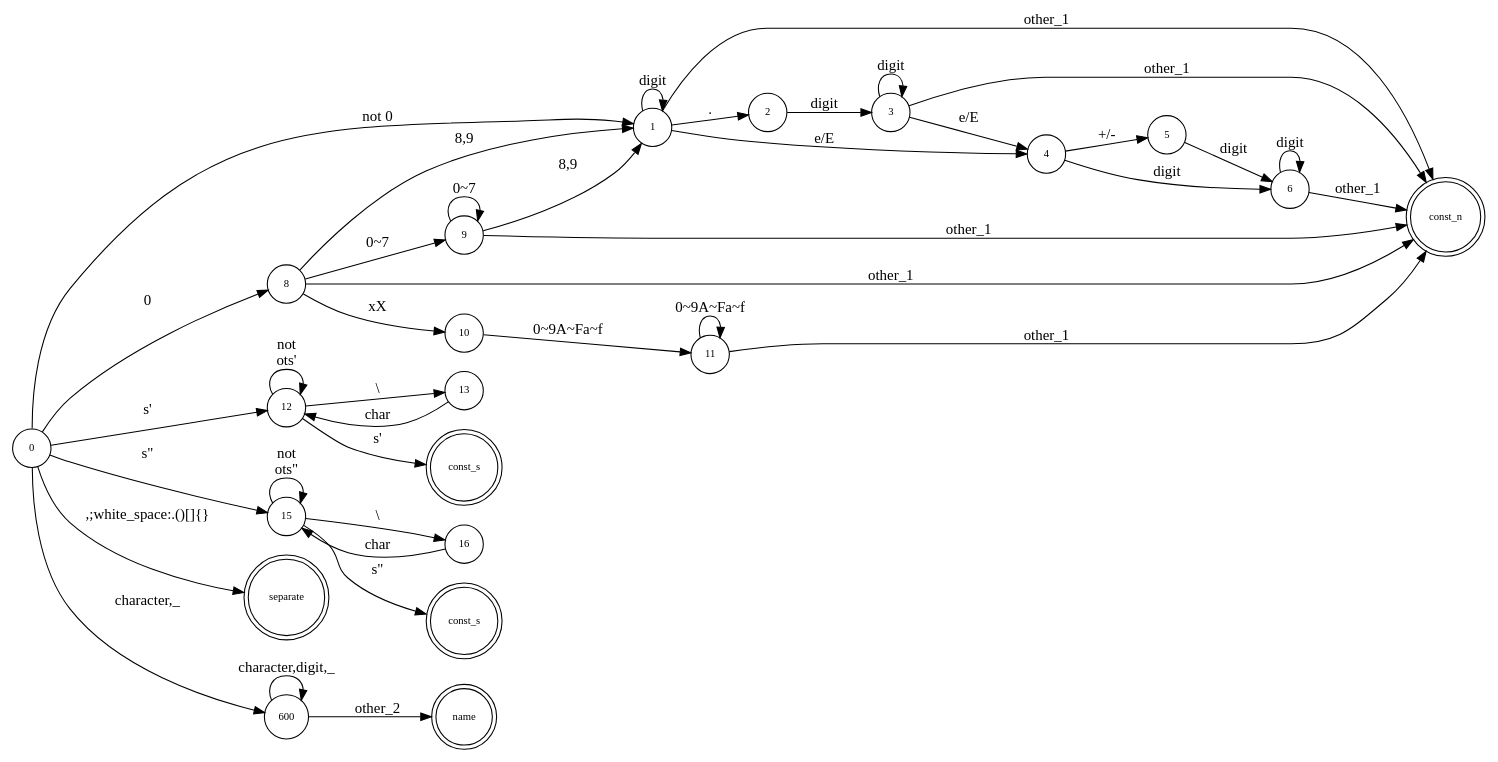
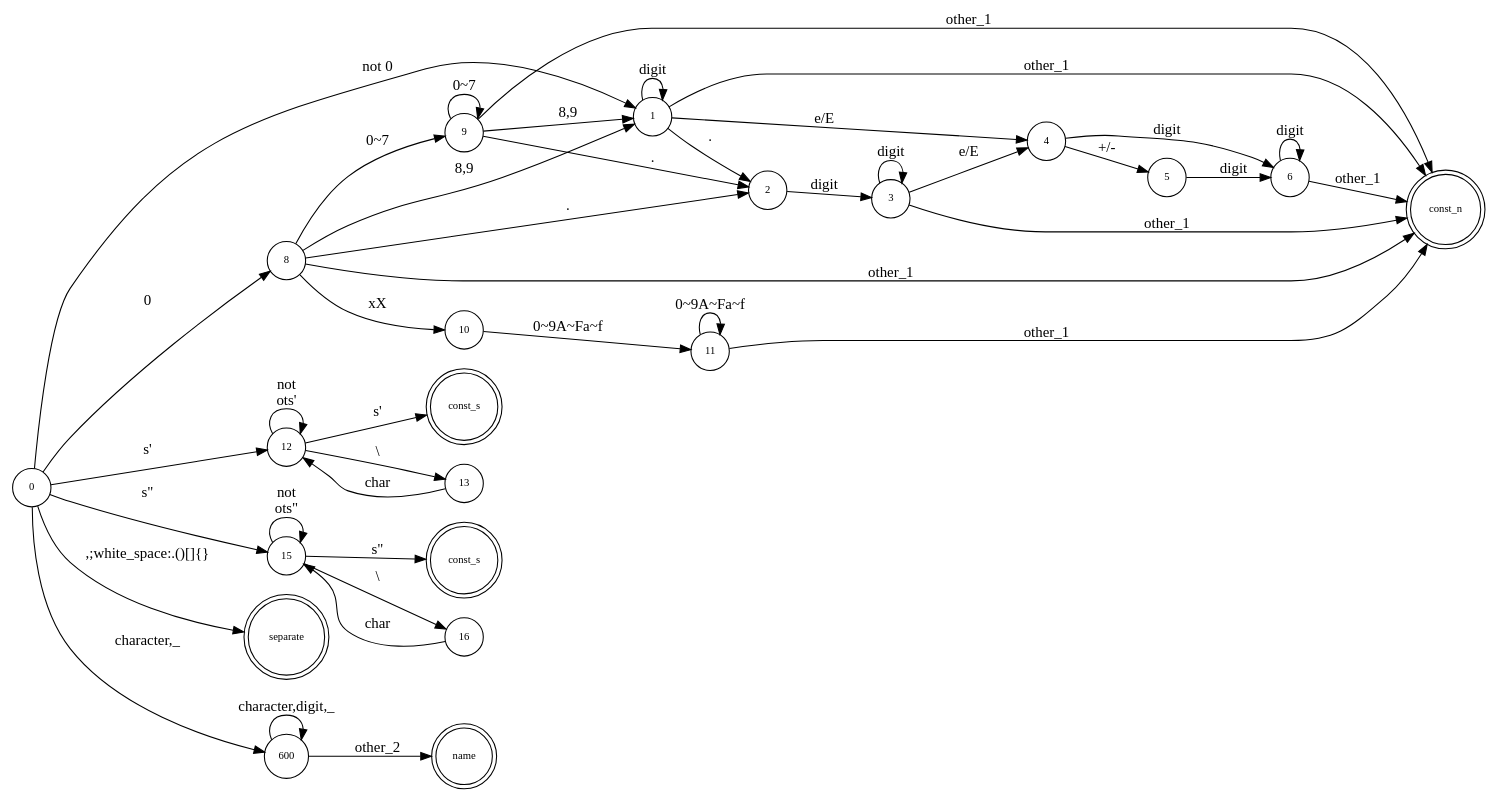
The diagram in doc/scaner.gv (gmftbyGMFTBY/CCompilerInPython), drawn with Graphviz before and after one commit. The commit also changed 13 other files, not shown here.

```diff
--- a/doc/scaner.gv
+++ b/doc/scaner.gv
@@ -1,140 +1,147 @@
 digraph finit_state_machine {
     rankdir=LR;
     size="50,50";
     
     // the number and the string node 1 ~ 100
     node [shape = circle, label = "0", fontsize = 10]; 0;
     node [shape = circle, label = "1", fontsize = 10]; 1;
     node [shape = circle, label = "2", fontsize = 10]; 2;
     node [shape = circle, label = "3", fontsize = 10]; 3;
     node [shape = circle, label = "4", fontsize = 10]; 4;
     node [shape = circle, label = "5", fontsize = 10]; 5;
     node [shape = circle, label = "6", fontsize = 10]; 6;
     // the state that is a number
     node [shape = doublecircle, label = "const_n", fontsize = 10]; 7;    
     node [shape = circle, label = "8", fontsize = 10]; 8;
     node [shape = circle, label = "9", fontsize = 10]; 9;
     node [shape = circle, label = "10", fontsize = 10]; 10;
     node [shape = circle, label = "11", fontsize = 10]; 11;
 
     node [shape = circle, label = "12", fontsize = 10]; 12;
     node [shape = circle, label = "13", fontsize = 10]; 13;
     node [shape = doublecircle, label = "const_s", fontsize = 10]; 14;
     node [shape = circle, label = "15", fontsize = 10]; 15;
     node [shape = circle, label = "16", fontsize = 10]; 16;
     node [shape = doublecircle, label = "const_s", fontsize = 10]; 17
     
     // the separate character  200 ~ 300
     // , ; white_space : ( ) [ ] { } 
     node [shape = doublecircle, label = "separate", fontsize = 10]; 200;  // ,
     
     /* the operator characer 400 ~ 500
     // ([point - operator *, &], -, +) need to be foucused on
     node [shape = doublecircle, label = "400", fontsize = 10]; 400;       // +, ++, +=
     node [shape = doublecircle, label = "401", fontsize = 10]; 401;       // +
     node [shape = doublecircle, label = "402", fontsize = 10]; 402;       // ++
     node [shape = doublecircle, label = "403", fontsize = 10]; 403;       // +=
     
     node [shape = doublecircle, label = "404", fontsize = 10]; 404;       // -, --, -=
     node [shape = doublecircle, label = "405", fontsize = 10]; 405;       // -
     node [shape = doublecircle, label = "406", fontsize = 10]; 406;       // --
     node [shape = doublecircle, label = "407", fontsize = 10]; 407;       // -=
     
     node [shape = doublecircle, label = "408", fontsize = 10]; 408;       // *, *=
     node [shape = doublecircle, label = "409", fontsize = 10]; 409;       // *
     node [shape = doublecircle, label = "410", fontsize = 10]; 410;       // *=
     
     node [shape = doublecircle, label = "411", fontsize = 10]; 411;       // /, /=
     node [shape = doublecircle, label = "412", fontsize = 10]; 412;       // /
     node [shape = doublecircle, label = "413", fontsize = 10]; 413;       // /=
     
     node [shape = doublecircle, label = "414", fontsize = 10]; 414;       // %, %=
     node [shape = doublecircle, label = "415", fontsize = 10]; 415;       // %
     node [shape = doublecircle, label = "416", fontsize = 10]; 416;       // %=
     
     node [shape = doublecircle, label = "417", fontsize = 10]; 417;       // =, ==
     node [shape = doublecircle, label = "418", fontsize = 10]; 418;       // =
     node [shape = doublecircle, label = "419", fontsize = 10]; 419;       // ==
     
     node [shape = doublecircle, label = "420", fontsize = 10]; 420;       // !, !=
     node [shape = doublecircle, label = "421", fontsize = 10]; 421;       // !
     node [shape = doublecircle, label = "422", fontsize = 10]; 422;       // !=
     
     node [shape = doublecircle, label = "423", fontsize = 10]; 423;       // <, <=, <<
     node [shape = doublecircle, label = "424", fontsize = 10]; 424;       // <
     node [shape = doublecircle, label = "425", fontsize = 10]; 425;       // <=
     node [shape = doublecircle, label = "426", fontsize = 10]; 426;       // <<
     
     node [shape = doublecircle, label = "427", fontsize = 10]; 427;       // >, >=, >>
     node [shape = doublecircle, label = "428", fontsize = 10]; 428;       // >
     node [shape = doublecircle, label = "429", fontsize = 10]; 429;       // >=
     node [shape = doublecircle, label = "430", fontsize = 10]; 430;       // >>
     
     node [shape = doublecircle, label = "431", fontsize = 10]; 431;       // ~
     
     node [shape = doublecircle, label = "432", fontsize = 10]; 432;       // &, &&, &=
     node [shape = doublecircle, label = "433", fontsize = 10]; 433;       // &
     node [shape = doublecircle, label = "434", fontsize = 10]; 434;       // &&
     node [shape = doublecircle, label = "435", fontsize = 10]; 435;       // &=
     
     node [shape = doublecircle, label = "436", fontsize = 10]; 436;       // |, ||, |=
     node [shape = doublecircle, label = "437", fontsize = 10]; 437;       // |
     node [shape = doublecircle, label = "438", fontsize = 10]; 438;       // ||
     node [shape = doublecircle, label = "439", fontsize = 10]; 439;       // |=
 
     node [shape = doublecircle, label = "440", fontsize = 10]; 440;       // .
+    node [shape = doublecircle, label = "441", fontsize = 10]; 441;       // ?
+
+    node [shape = doublecircle, label = "442", fontsize = 10]; 442;       // ^, ^=
+    node [shape = doublecircle, label = "443", fontsize = 10]; 443;       // ^
+    node [shape = doublecircle, label = "444", fontsize = 10]; 444;       // ^=
     
     */
     
     // name node 600 ~ 700
     node [shape = circle, label = "600", fontsize = 10]; 600;             
     node [shape = doublecircle, label = "name", fontsize = 10]; 601;             //
     
     // name edge, need to check the saver name in C
     0       ->      600      [label="character,_"];
     600     ->      600      [label="character,digit,_"];
     600     ->      601      [label="other_2"];
     
     
     // the number and the string edge
     0       ->      1       [label="not 0"];
     0       ->      8       [label="0"];
     1       ->      1       [label="digit"];
     1       ->      2       [label="."];
     1       ->      4       [label="e/E"];
     1       ->      7       [label="other_1"];
     2       ->      3       [label="digit"];
     3       ->      3       [label="digit"];
     3       ->      7       [label="other_1"];
     3       ->      4       [label="e/E"];
     4       ->      6       [label="digit"];
     4       ->      5       [label="+/-"];
     5       ->      6       [label="digit"];
     6       ->      6       [label="digit"];
     6       ->      7       [label="other_1"];
     8       ->      1       [label="8,9"];
     8       ->      9       [label="0~7"];
     8       ->      10      [label="xX"];
     8       ->      7       [label="other_1"];
+    8       ->      2       [label="."]
     9       ->      9       [label="0~7"];
     9       ->      1       [label="8,9"];
-    9       ->      7       [label="other_1"]
+    9       ->      7       [label="other_1"];
+    9       ->      2       [label="."];
     10      ->      11      [label="0~9A~Fa~f"];
     11      ->      11      [label="0~9A~Fa~f"];
     11      ->      7       [label="other_1"];
 
     0       ->      12      [label="s'"];
     12      ->      12      [label="not\nots'"];
     12      ->      13      [label="\\"];
     12      ->      14      [label="s'"]
     13      ->      12      [label="char"];
 
     0       ->      15      [label="s\""];
     15      ->      15      [label="not\nots\""];
     15      ->      16      [label="\\"];
     15      ->      17      [label="s\""];
     16      ->      15      [label="char"]      
     
     // the separate character edge
     0       ->      200    [label=",;white_space:.()[]{}"];
 }
```
